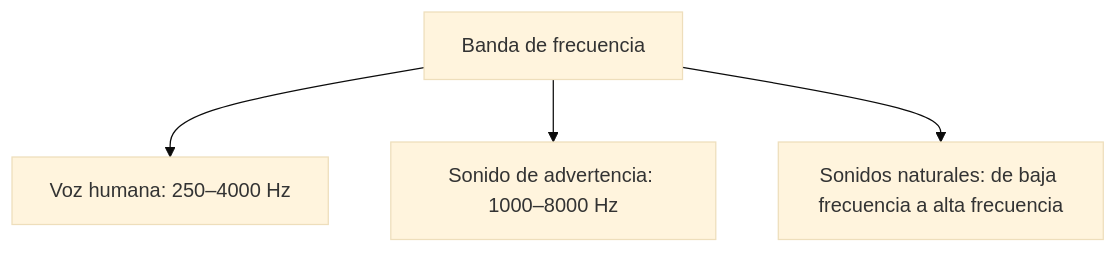
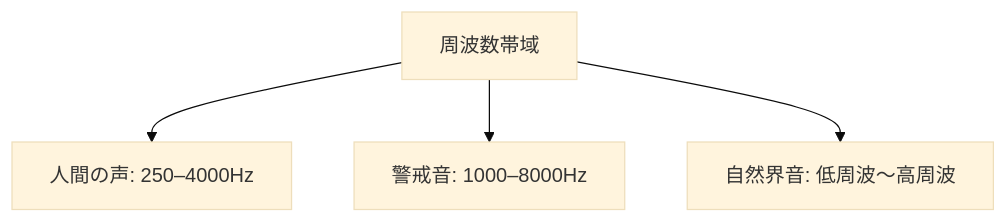
One commit to monumental-movement/monumental-movement.github.io changed the first of 4 diagrams in es/_posts/2025-10-26-column-bear-sound.md. Above: the diagram before and after it, drawn with Mermaid (base theme). The commit also changed other lines of this file and 299 other files, not shown here.

```diff
--- a/es/_posts/2025-10-26-column-bear-sound.md
+++ b/es/_posts/2025-10-26-column-bear-sound.md
@@ -59,9 +59,9 @@
 <div class="mermaid">
 
 graph TD
-A["Banda de frecuencia"] --> B["Voz humana: 250–4000 Hz"]
-A --> C["Sonido de advertencia: 1000–8000 Hz"]
-A --> D["Sonidos naturales: de baja frecuencia a alta frecuencia"]
+A["周波数帯域"] --> B["人間の声: 250–4000Hz"]
+A --> C["警戒音: 1000–8000Hz"]
+A --> D["自然界音: 低周波〜高周波"]
 
 
 </div>
```
